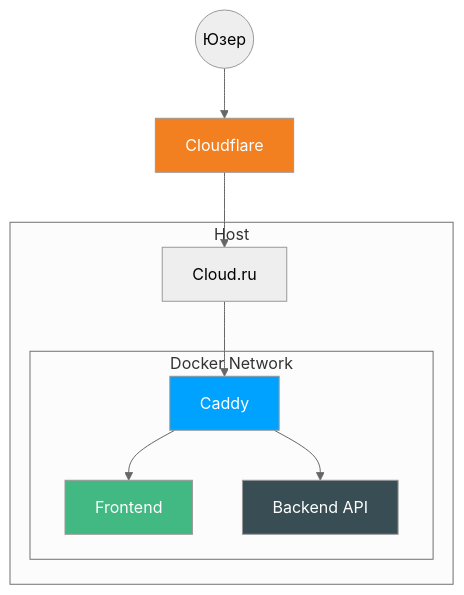
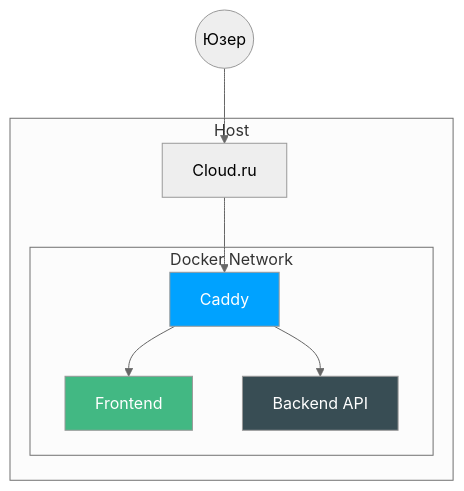
Before and after one commit to dvprokofiev/seating-generator: the second of 2 diagrams in presentation/slides.md, drawn with Mermaid (neutral theme). The commit also changed other lines of this file, not shown here.

````diff
--- a/presentation/slides.md
+++ b/presentation/slides.md
@@ -697,18 +697,16 @@
 ```mermaid
 graph TD
-    U((Юзер)) --> CF[Cloudflare]
-    CF --> VPS[Cloud.ru]
+    U((Юзер)) --> VPS[Cloud.ru]
     
     subgraph Server [Host]
         VPS --> Caddy[Caddy]
         subgraph Docker [Docker Network]
             Caddy --> Front[Frontend]
             Caddy --> Back[Backend API]
         end
     end
 
-    style CF fill:#f38020,color:#fff
     style Caddy fill:#00a2ff,color:#fff
     style Front fill:#42b883,color:#fff
     style Back fill:#384d54,color:#fff
 ```
````
